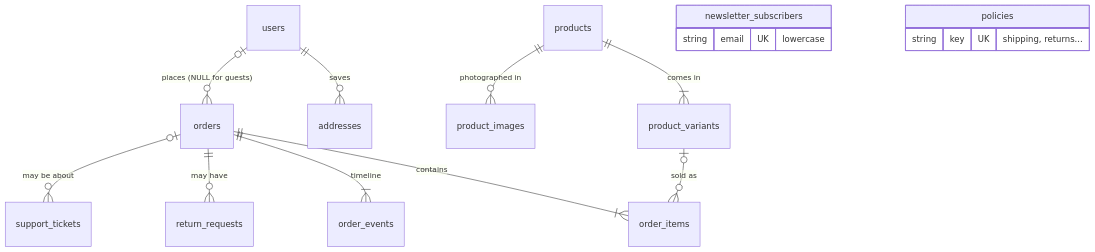
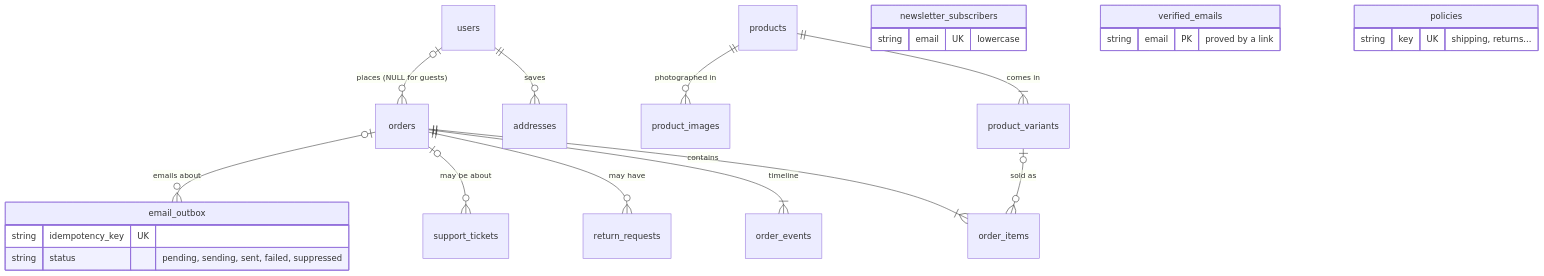
Before and after one commit to abdullahrasheed102/kora-store: the fifth of 11 diagrams in docs/ARCHITECTURE.md, drawn with Mermaid. The commit also changed other lines of this file and 72 other files, not shown here.

First line of the commit message:
Phase 8A: email notifications through a transactional outbox

````diff
--- a/docs/ARCHITECTURE.md
+++ b/docs/ARCHITECTURE.md
@@ -150,18 +163,26 @@
 ```mermaid
 erDiagram
     users ||--o{ addresses : saves
     users |o--o{ orders : "places (NULL for guests)"
     products ||--|{ product_variants : "comes in"
     products ||--o{ product_images : "photographed in"
     newsletter_subscribers {
         string email UK "lowercase"
     }
     orders ||--|{ order_items : contains
     product_variants |o--o{ order_items : "sold as"
     orders ||--|{ order_events : "timeline"
     orders ||--o{ return_requests : "may have"
     orders |o--o{ support_tickets : "may be about"
+    orders |o--o{ email_outbox : "emails about"
+    email_outbox {
+        string idempotency_key UK
+        string status "pending, sending, sent, failed, suppressed"
+    }
+    verified_emails {
+        string email PK "proved by a link"
+    }
     policies {
         string key UK "shipping, returns..."
     }
 ```
````
